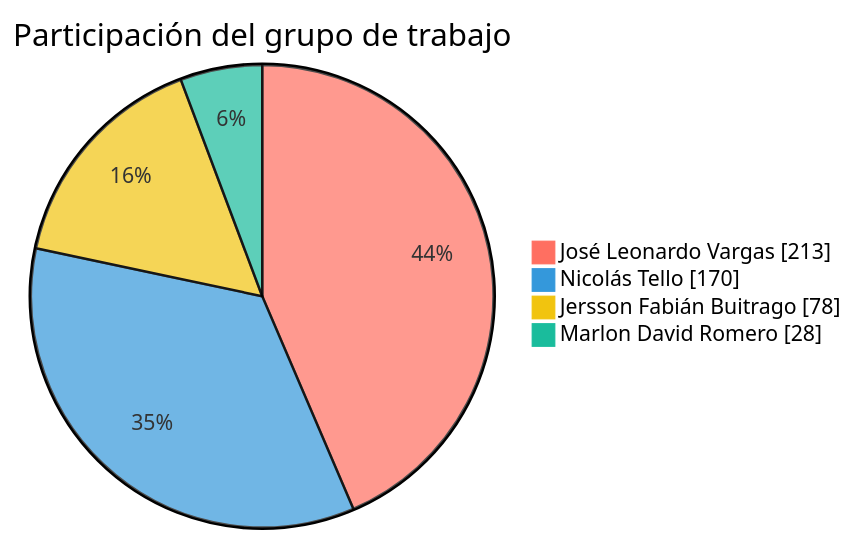
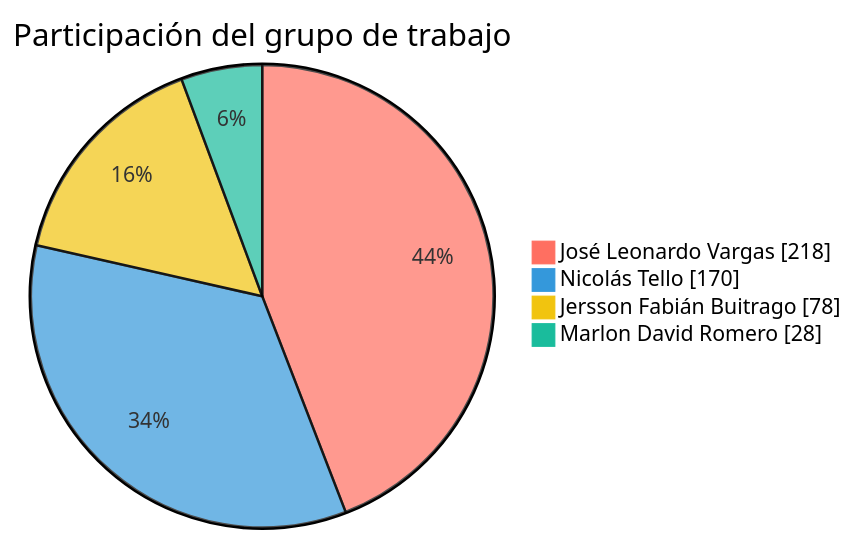
One commit to FarmaExpres/FarmaExpres changed the first of 2 diagrams in README.md. Above: the diagram before and after it, drawn with Mermaid. The commit also changed other lines of this file and 1 other file, not shown here.

````diff
--- a/README.md
+++ b/README.md
@@ -389,9 +389,9 @@
 ```mermaid
 %%{init: {"themeVariables": {"pie1": "#ff6f61", "pie2": "#3498db", "pie3": "#f1c40f", "pie4": "#1abc9c", "pieLabelColor": "#000000", "pieLabelFontSize": "24px", "pieLabelFontWeight": "700"}}}%%
 pie showData
     title Participación del grupo de trabajo
-    "José Leonardo Vargas" : 213
+    "José Leonardo Vargas" : 218
     "Nicolás Tello" : 170
     "Jersson Fabián Buitrago" : 78
     "Marlon David Romero" : 28
 ```
````
